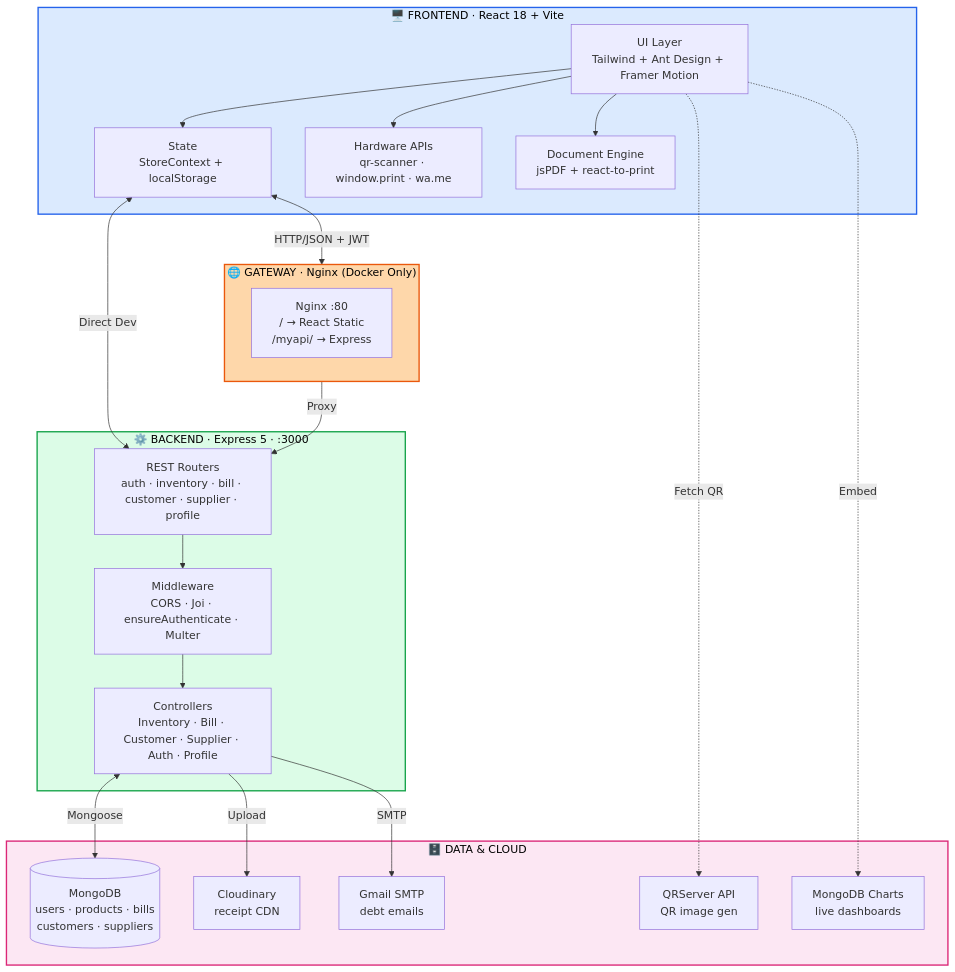
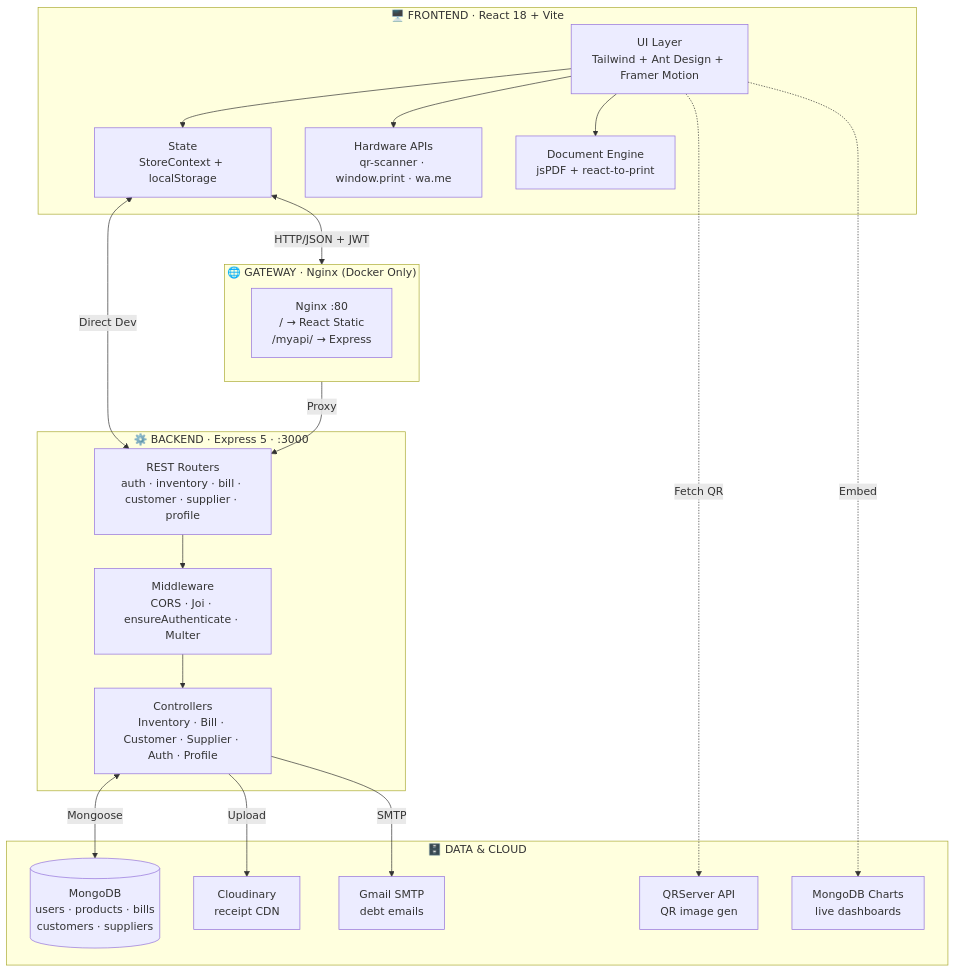
One commit to yash-shende99/ShopManager-Smart-Inventory-Management-App changed the first of 2 diagrams in readme.md. Above: the diagram before and after it, drawn with Mermaid. The commit also changed other lines of this file, not shown here.

````diff
--- a/readme.md
+++ b/readme.md
@@ -629,46 +1153,81 @@
 ```mermaid
+
 flowchart TD
-    subgraph Client["🖥️ FRONTEND · React 18 + Vite"]
-        UI["UI Layer<br/>Tailwind + Ant Design + Framer Motion"]
-        State["State<br/>StoreContext + localStorage"]
-        Hardware["Hardware APIs<br/>qr-scanner · window.print · wa.me"]
-        Export["Document Engine<br/>jsPDF + react-to-print"]
-    end
 
-    subgraph Gateway["🌐 GATEWAY · Nginx (Docker Only)"]
-        Nginx["Nginx :80<br/>/ → React Static<br/>/myapi/ → Express"]
-    end
+    subgraph Client["🖥️ FRONTEND · React 18 + Vite"]
 
-    subgraph Server["⚙️ BACKEND · Express 5 · :3000"]
-        Router["REST Routers<br/>auth · inventory · bill · customer · supplier · profile"]
-        MW["Middleware<br/>CORS · Joi · ensureAuthenticate · Multer"]
-        Controllers["Controllers<br/>Inventory · Bill · Customer · Supplier · Auth · Profile"]
-    end
+        UI["UI Layer<br/>Tailwind + Ant Design + Framer Motion"]
 
-    subgraph Data["🗄️ DATA & CLOUD"]
-        MongoDB[("MongoDB<br/>users · products · bills<br/>customers · suppliers")]
-        Cloudinary["Cloudinary<br/>receipt CDN"]
-        Gmail["Gmail SMTP<br/>debt emails"]
-        QRServer["QRServer API<br/>QR image gen"]
-        Charts["MongoDB Charts<br/>live dashboards"]
-    end
+        State["State<br/>StoreContext + localStorage"]
 
-    UI --> Hardware
-    UI --> Export
-    UI --> State
-    State <-->|"HTTP/JSON + JWT"| Gateway
-    Gateway -->|"Proxy"| Router
-    State <-->|"Direct Dev"| Router
-    Router --> MW
-    MW --> Controllers
-    Controllers <-->|"Mongoose"| MongoDB
-    Controllers -->|"Upload"| Cloudinary
-    Controllers -->|"SMTP"| Gmail
-    UI -.->|"Fetch QR"| QRServer
-    UI -.->|"Embed"| Charts
+        Hardware["Hardware APIs<br/>qr-scanner · window.print · wa.me"]
 
-    style Client fill:#dbeafe,stroke:#2563eb,stroke-width:2px,color:#000
-    style Gateway fill:#fed7aa,stroke:#ea580c,stroke-width:2px,color:#000
-    style Server fill:#dcfce7,stroke:#16a34a,stroke-width:2px,color:#000
-    style Data fill:#fce7f3,stroke:#db2777,stroke-width:2px,color:#000
+        Export["Document Engine<br/>jsPDF + react-to-print"]
+
+    end
+
+
+
+    subgraph Gateway["🌐 GATEWAY · Nginx (Docker Only)"]
+
+        Nginx["Nginx :80<br/>/ → React Static<br/>/myapi/ → Express"]
+
+    end
+
+
+
+    subgraph Server["⚙️ BACKEND · Express 5 · :3000"]
+
+        Router["REST Routers<br/>auth · inventory · bill · customer · supplier · profile"]
+
+        MW["Middleware<br/>CORS · Joi · ensureAuthenticate · Multer"]
+
+        Controllers["Controllers<br/>Inventory · Bill · Customer · Supplier · Auth · Profile"]
+
+    end
+
+
+
+    subgraph Data["🗄️ DATA & CLOUD"]
+
+        MongoDB[("MongoDB<br/>users · products · bills<br/>customers · suppliers")]
+
+        Cloudinary["Cloudinary<br/>receipt CDN"]
+
+        Gmail["Gmail SMTP<br/>debt emails"]
+
+        QRServer["QRServer API<br/>QR image gen"]
+
+        Charts["MongoDB Charts<br/>live dashboards"]
+
+    end
+
+
+
+    UI --> Hardware
+
+    UI --> Export
+
+    UI --> State
+
+    State <-->|"HTTP/JSON + JWT"| Gateway
+
+    Gateway -->|"Proxy"| Router
+
+    State <-->|"Direct Dev"| Router
+
+    Router --> MW
+
+    MW --> Controllers
+
+    Controllers <-->|"Mongoose"| MongoDB
+
+    Controllers -->|"Upload"| Cloudinary
+
+    Controllers -->|"SMTP"| Gmail
+
+    UI -.->|"Fetch QR"| QRServer
+
+    UI -.->|"Embed"| Charts
+
 ```
````
